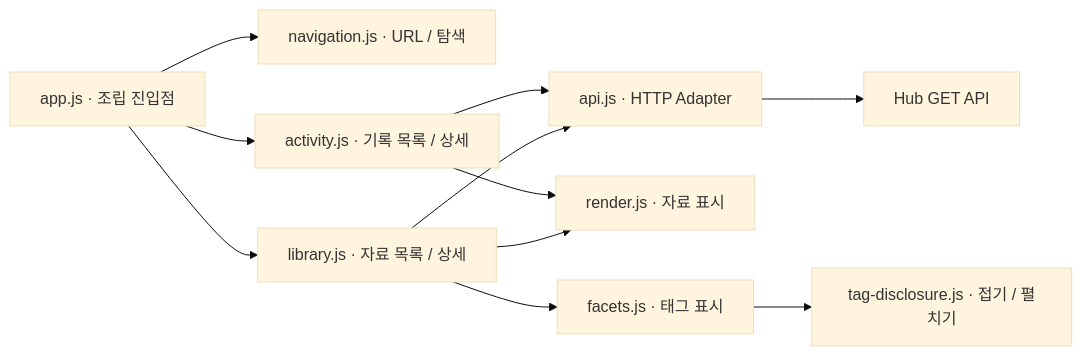
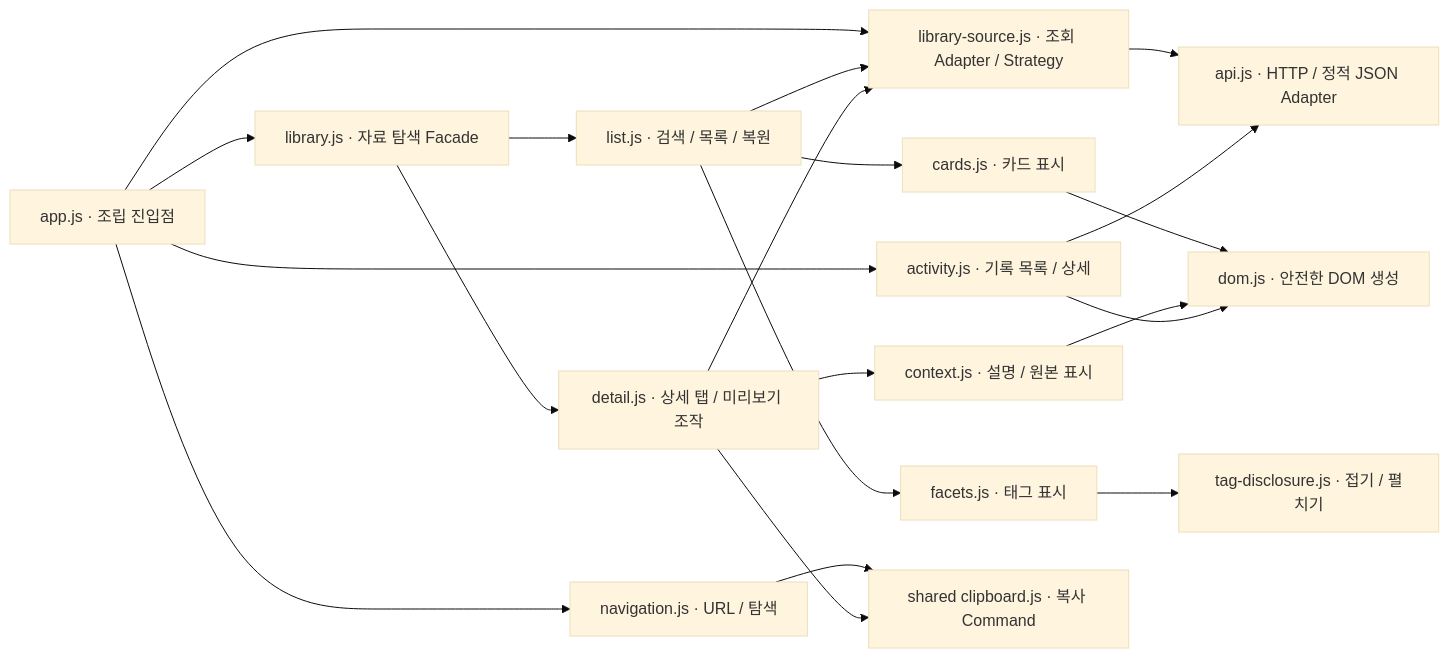
One commit to pollux-o4/design-home changed the second of 2 diagrams in design-compare/docs/architecture/c3-components.md. Above: the diagram before and after it, drawn with Mermaid (base theme). The commit also changed other lines of this file and 196 other files, not shown here.

````diff
--- a/design-compare/docs/architecture/c3-components.md
+++ b/design-compare/docs/architecture/c3-components.md
@@ -69,13 +69,22 @@
 ```mermaid
 flowchart LR
   app["app.js · 조립 진입점"] --> navigation["navigation.js · URL / 탐색"]
-  app --> library["library.js · 자료 목록 / 상세"]
+  app --> source["library-source.js · 조회 Adapter / Strategy"]
+  app --> library["library.js · 자료 탐색 Facade"]
   app --> activity["activity.js · 기록 목록 / 상세"]
-  library --> api["api.js · HTTP Adapter"]
+  library --> list["list.js · 검색 / 목록 / 복원"]
+  library --> detail["detail.js · 상세 탭 / 미리보기 조작"]
+  list --> source
+  detail --> source
+  source --> api["api.js · HTTP / 정적 JSON Adapter"]
   activity --> api
-  library --> render["render.js · 자료 표시"]
-  activity --> render
-  library --> facets["facets.js · 태그 표시"]
+  list --> cards["cards.js · 카드 표시"]
+  list --> facets["facets.js · 태그 표시"]
+  detail --> context["context.js · 설명 / 원본 표시"]
+  cards --> dom["dom.js · 안전한 DOM 생성"]
+  context --> dom
+  activity --> dom
   facets --> disclosure["tag-disclosure.js · 접기 / 펼치기"]
-  api --> server["Hub GET API"]
+  navigation --> clipboard["shared clipboard.js · 복사 Command"]
+  detail --> clipboard
 ```
````
